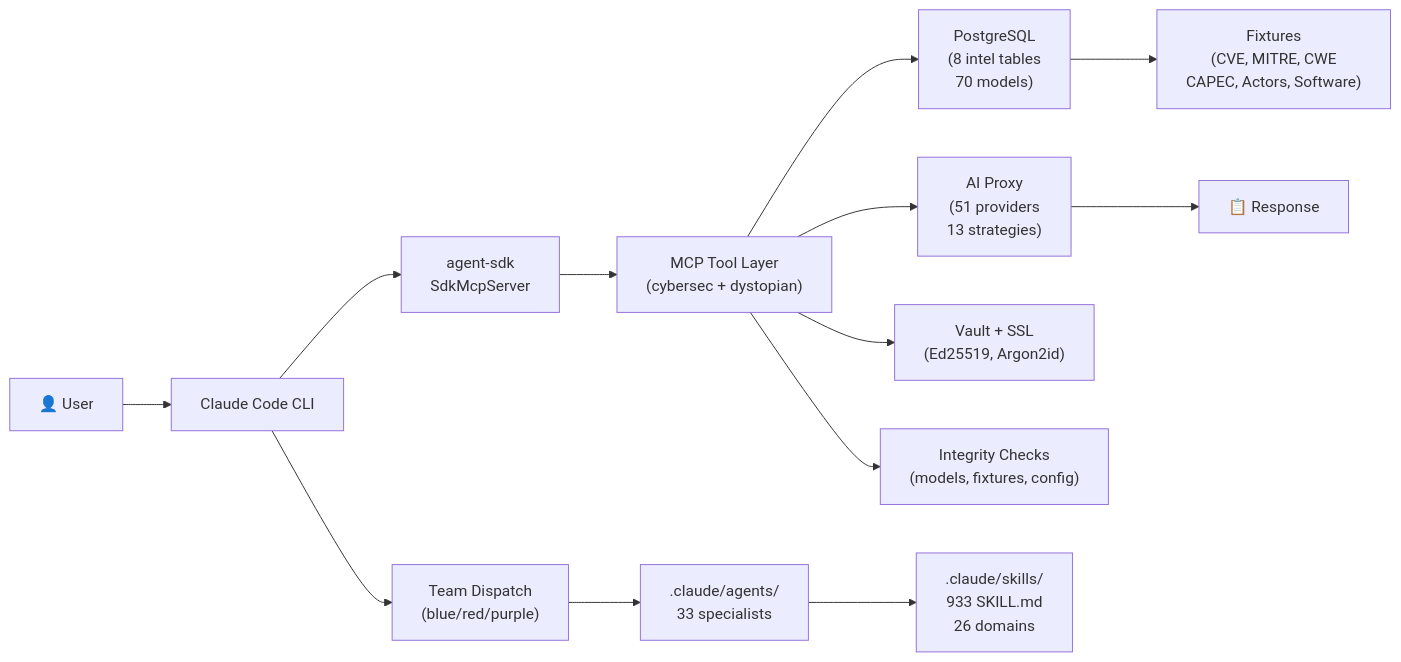
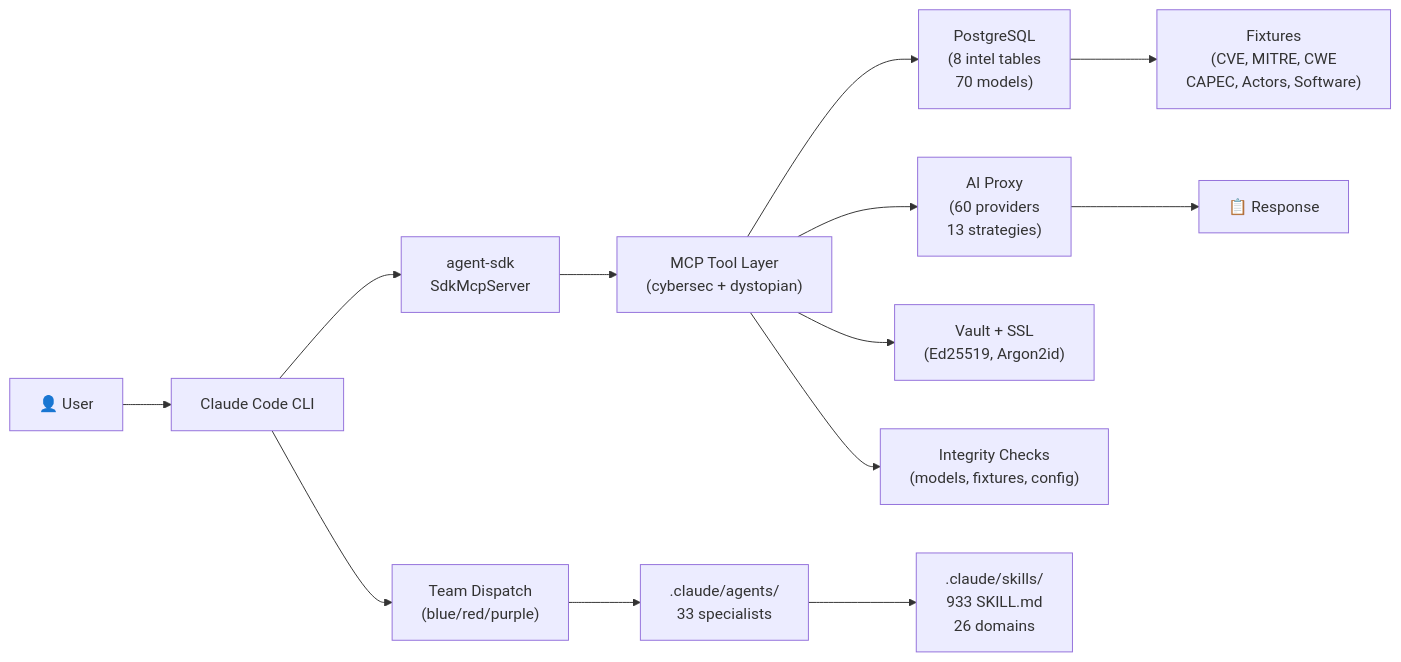
One commit to DCx7C5/cybersecsuite changed the first of 2 diagrams in docs/architecture.md. Above: the diagram before and after it, drawn with Mermaid. The commit also changed other lines of this file and 7 other files, not shown here.

First line of the commit message:
feat(ai-proxy): add 9 providers (51→60 total)

````diff
--- a/docs/architecture.md
+++ b/docs/architecture.md
@@ -239,15 +241,15 @@
 ```mermaid
 flowchart LR
     User["👤 User"] --> CLI["Claude Code CLI"]
     CLI --> AgentSDK["agent-sdk\nSdkMcpServer"]
     AgentSDK --> MCP["MCP Tool Layer\n(cybersec + dystopian)"]
     MCP --> DB["PostgreSQL\n(8 intel tables\n70 models)"]
-    MCP --> AIProxy["AI Proxy\n(51 providers\n13 strategies)"]
+    MCP --> AIProxy["AI Proxy\n(60 providers\n13 strategies)"]
     MCP --> Crypto["Vault + SSL\n(Ed25519, Argon2id)"]
     MCP --> Checks["Integrity Checks\n(models, fixtures, config)"]
     DB --> Fixtures["Fixtures\n(CVE, MITRE, CWE\nCAPEC, Actors, Software)"]
     AIProxy --> Response["📋 Response"]
     CLI --> Teams["Team Dispatch\n(blue/red/purple)"]
     Teams --> Agents[".claude/agents/\n33 specialists"]
     Agents --> Skills[".claude/skills/\n933 SKILL.md\n26 domains"]
 ```
````
